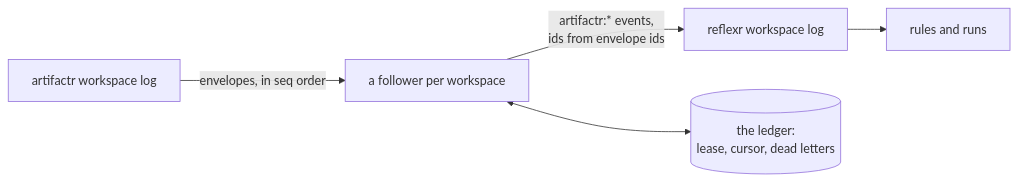
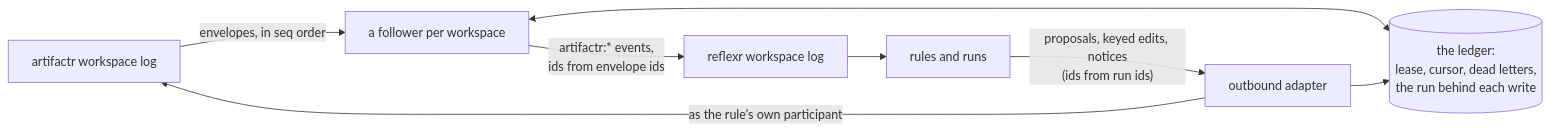
The diagram in docs/relayr/architecture.md (alexnodeland/lattice), drawn with Mermaid before and after one commit. The commit also changed other lines of this file and 40 other files, not shown here.

First line of the commit message:
feat(relayr): the outbound adapter, allowlists and chains that continue across the bridge

````diff
--- a/docs/relayr/architecture.md
+++ b/docs/relayr/architecture.md
@@ -9,7 +9,10 @@
 ```mermaid
 graph LR
     alog["artifactr workspace log"] -- "envelopes, in seq order" --> follower["a follower per workspace"]
     follower -- "artifactr:* events,<br/>ids from envelope ids" --> rlog["reflexr workspace log"]
-    follower <--> ledger[("the ledger:<br/>lease, cursor, dead letters")]
+    follower <--> ledger[("the ledger:<br/>lease, cursor, dead letters,<br/>the run behind each write")]
     rlog --> rules["rules and runs"]
+    rules -- "proposals, keyed edits, notices<br/>(ids from run ids)" --> outbound["outbound adapter"]
+    outbound -- "as the rule's own participant" --> alog
+    outbound --> ledger
 ```
````
